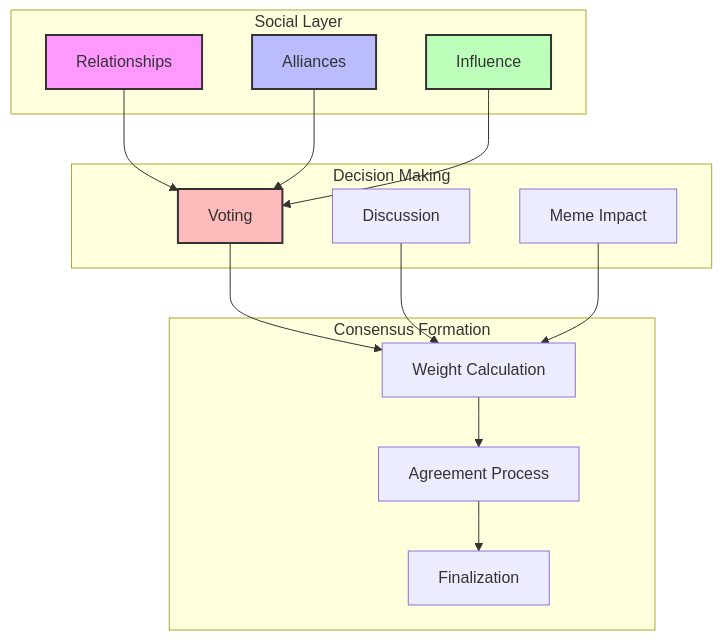
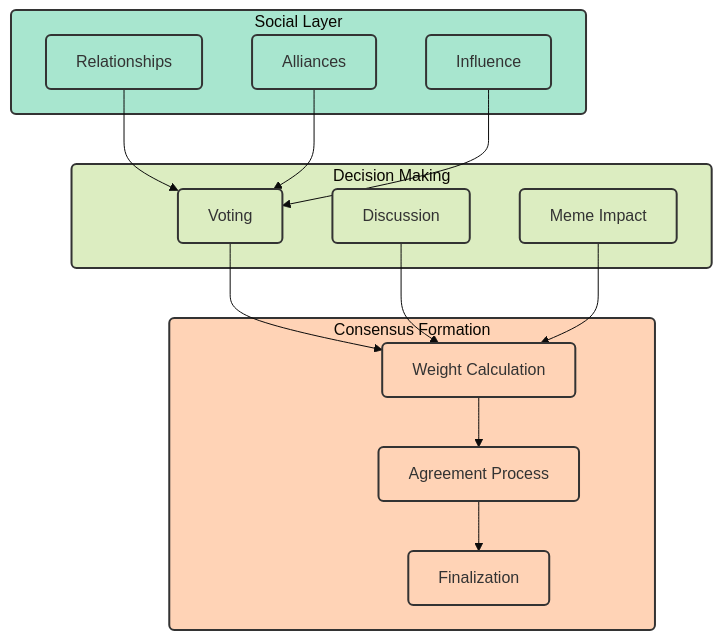
Before and after one commit to SumeetChougule/chaoschain: the sixth of 6 diagrams in docs/introduction/architecture.md, drawn with Mermaid. The commit also changed other lines of this file, not shown here.

Commit message:
Update architecture diagrams with clean, professional design for workshop presentation

````diff
--- a/docs/introduction/architecture.md
+++ b/docs/introduction/architecture.md
@@ -234,39 +227,39 @@
 ```mermaid
+%%{init: {'theme': 'base', 'themeVariables': { 'fontSize': '16px', 'fontFamily': 'arial' }}}%%
 flowchart TB
     subgraph Social["Social Layer"]
-        R[Relationships]
-        A[Alliances]
-        I[Influence]
+        R["Relationships"]
+        A["Alliances"]
+        I["Influence"]
     end
     
     subgraph Decision["Decision Making"]
-        V[Voting]
-        D[Discussion]
-        M[Meme Impact]
+        V["Voting"]
+        D["Discussion"]
+        M["Meme Impact"]
     end
     
     subgraph Formation["Consensus Formation"]
-        W[Weight Calculation]
-        AG[Agreement Process]
-        F[Finalization]
+        W["Weight Calculation"]
+        AG["Agreement Process"]
+        F["Finalization"]
     end
     
     R --> V
     A --> V
     I --> V
     V --> W
     D --> W
     M --> W
     W --> AG
     AG --> F
     
-    classDef relationship fill:#f9f,stroke:#333,stroke-width:2px
-    classDef alliance fill:#bbf,stroke:#333,stroke-width:2px
-    classDef influence fill:#bfb,stroke:#333,stroke-width:2px
-    classDef voting fill:#fbb,stroke:#333,stroke-width:2px
+    classDef default fill:#f8f9fa,stroke:#333,stroke-width:2px,rx:5,ry:5
+    classDef social fill:#a8e6cf,stroke:#333,stroke-width:2px,rx:5,ry:5
+    classDef decision fill:#dcedc1,stroke:#333,stroke-width:2px,rx:5,ry:5
+    classDef formation fill:#ffd3b6,stroke:#333,stroke-width:2px,rx:5,ry:5
     
-    class R relationship
-    class A alliance
-    class I influence
-    class V voting
+    class R,A,I,Social social
+    class V,D,M,Decision decision
+    class W,AG,F,Formation formation
 ``` 
````
